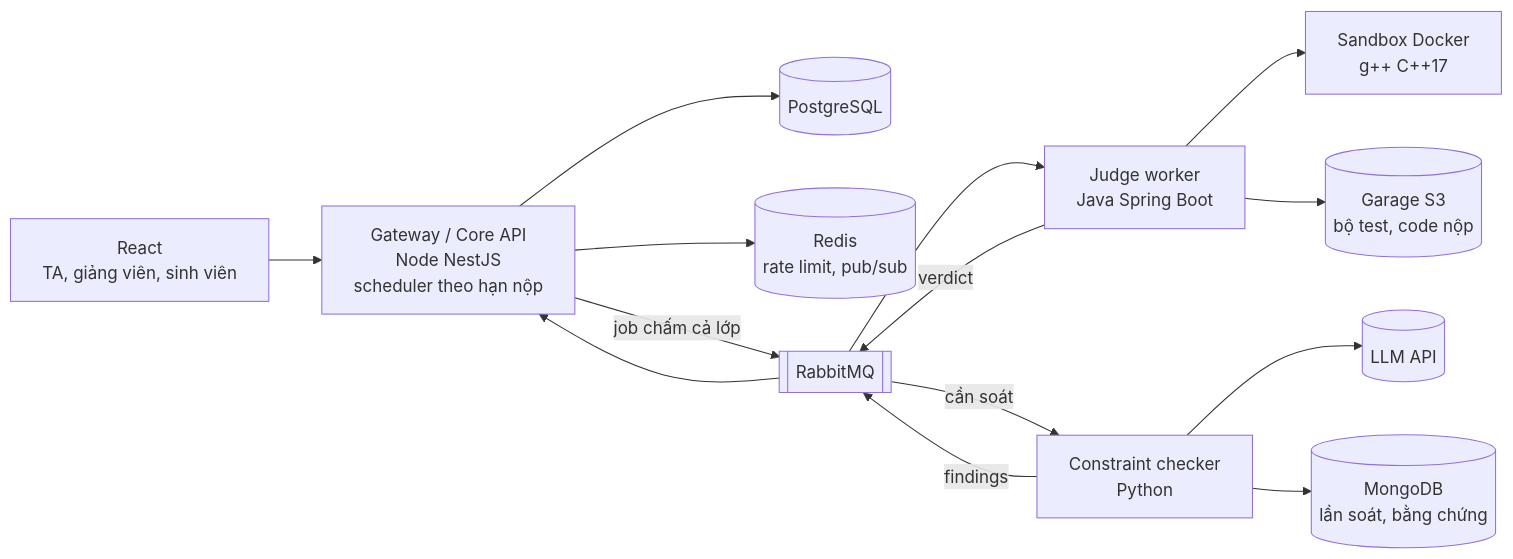
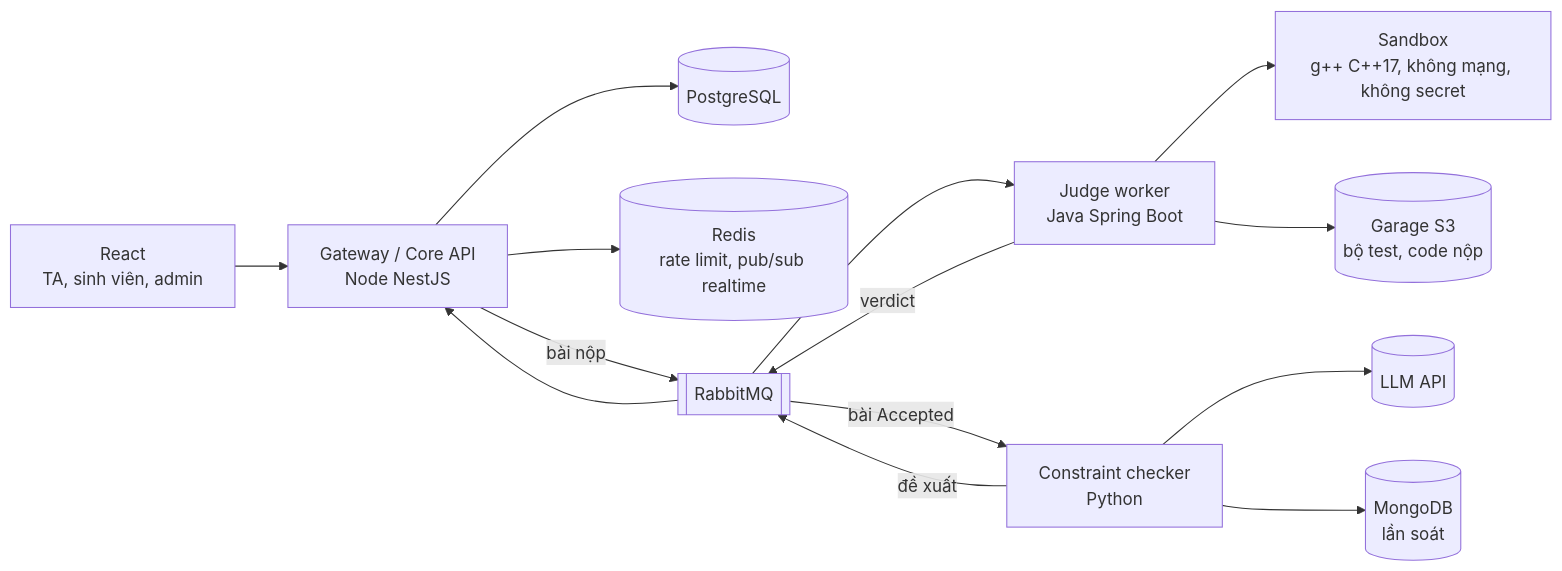
One commit to tkob-team/proposal-AWAD changed the diagram in docs/proposal-detail.md. Above: the diagram before and after it, drawn with Mermaid. The commit also changed other lines of this file and 2 other files, not shown here.

````diff
--- a/docs/proposal-detail.md
+++ b/docs/proposal-detail.md
@@ -340,16 +321,16 @@
 ```mermaid
 flowchart LR
-  FE[React<br/>TA, giảng viên, sinh viên] --> GW[Gateway / Core API<br/>Node NestJS<br/>scheduler theo hạn nộp]
+  FE[React<br/>TA, sinh viên, admin] --> GW[Gateway / Core API<br/>Node NestJS]
   GW --> PG[(PostgreSQL)]
-  GW --> RD[(Redis<br/>rate limit, pub/sub)]
-  GW -- job chấm cả lớp --> MQ[[RabbitMQ]]
+  GW --> RD[(Redis<br/>rate limit, pub/sub realtime)]
+  GW -- bài nộp --> MQ[[RabbitMQ]]
   MQ --> JD[Judge worker<br/>Java Spring Boot]
-  JD --> SB[Sandbox Docker<br/>g++ C++17]
+  JD --> SB[Sandbox<br/>g++ C++17, không mạng, không secret]
   JD --> ST[(Garage S3<br/>bộ test, code nộp)]
   JD -- verdict --> MQ
-  MQ -- cần soát --> CK[Constraint checker<br/>Python]
+  MQ -- bài Accepted --> CK[Constraint checker<br/>Python]
   CK --> LLM[(LLM API)]
-  CK --> MG[(MongoDB<br/>lần soát, bằng chứng)]
-  CK -- findings --> MQ
+  CK --> MG[(MongoDB<br/>lần soát)]
+  CK -- đề xuất --> MQ
   MQ --> GW
 ```
````
